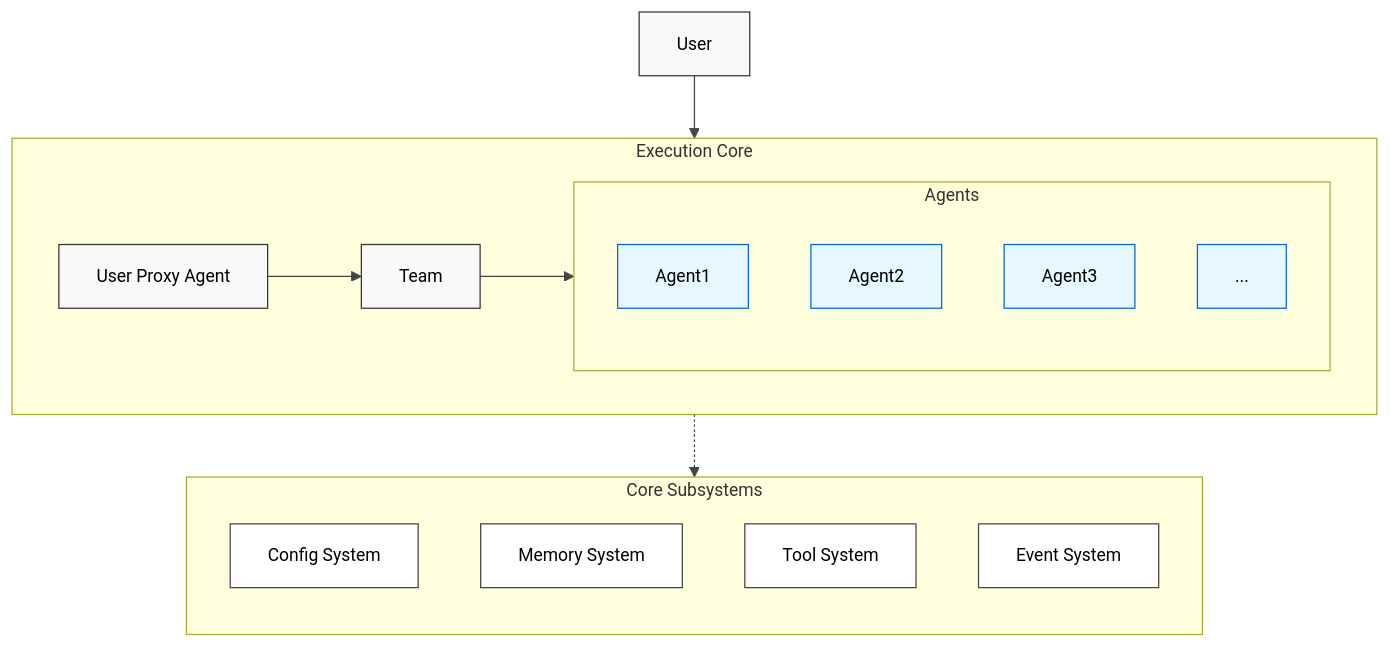
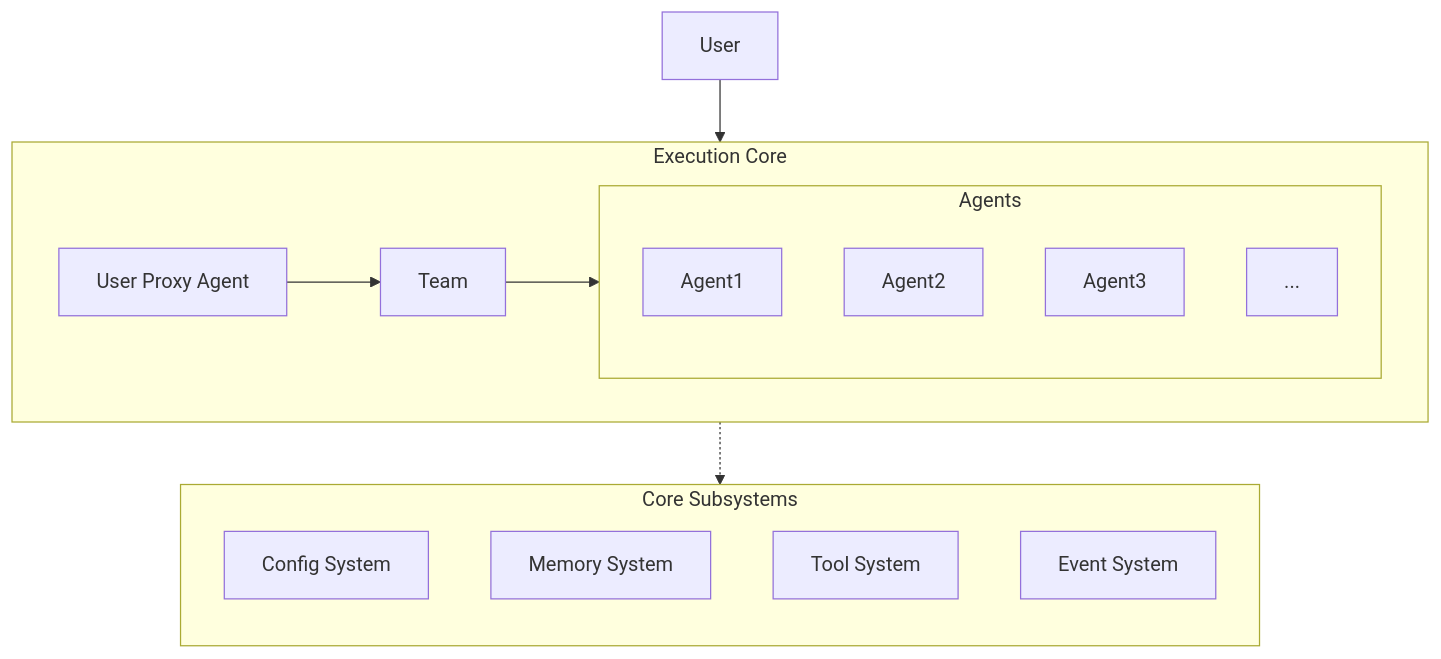
One commit to dustland/roboco changed the first of 4 diagrams in docs/system-architecture.md. Above: the diagram before and after it, drawn with Mermaid. The commit also changed 1 other file, not shown here.

Commit message:
chore: remove roles configuration file and clean up system architecture documentation

````diff
--- a/docs/system-architecture.md
+++ b/docs/system-architecture.md
@@ -28,44 +28,27 @@
 ```mermaid
-%%{init: {
-  "theme": "default",
-  "themeVariables": {
-    "fontFamily": "Arial",
-    "fontSize": "14px",
-    "primaryColor": "#f5f9ff",
-    "primaryTextColor": "#1a1a1a",
-    "primaryBorderColor": "#444",
-    "lineColor": "#444",
-    "borderRadius": "6"
-  }
-}}%%
-
 flowchart TB
     User["User"] --> Proxy
 
     subgraph EC["Execution Core"]
         direction LR
         Proxy["User Proxy Agent"] --> Team["Team"]
         Team --> Agents
         subgraph Agents["Agents"]
             direction TB
             A1["Agent1"]:::agent
             A2["Agent2"]:::agent
             A3["Agent3"]:::agent
             A4["..."]:::agent
         end
     end
 
     EC -.-> CS
 
     subgraph CS["Core Subsystems"]
         direction TB
         Config["Config System"]:::sub
         Memory["Memory System"]:::sub
         Tool["Tool System"]:::sub
         Event["Event System"]:::sub
     end
-
-    classDef agent fill:#e6f7ff,stroke:#0366d6,color:#000;
-    classDef sub fill:#fff,stroke:#444,color:#000;
-    classDef default fill:#f9f9f9,stroke:#333,color:#000;
 ```
````
